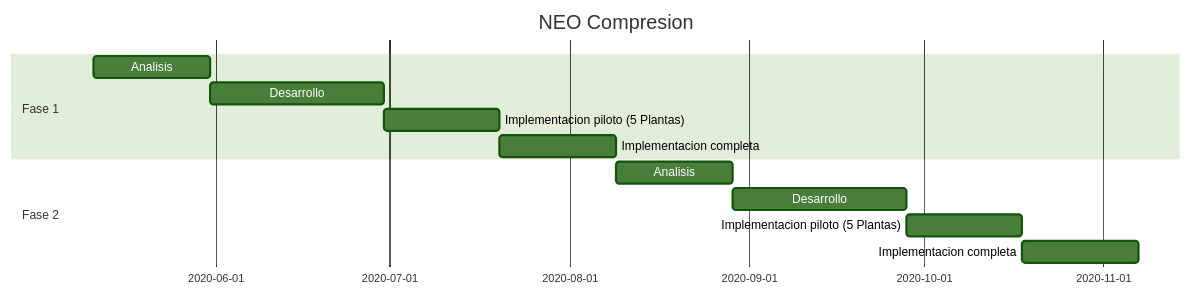
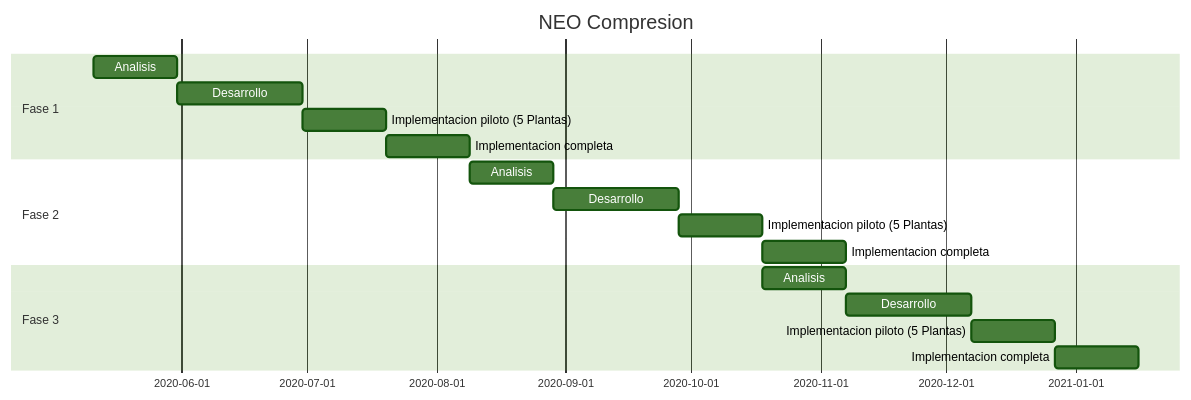
Before and after one commit to festavillo/neo-cp: the diagram in NEO - Compresion.md, drawn with Mermaid (forest theme). The commit also changed other lines of this file, not shown here.

Commit message:
NEO - Compresion.md updated from https://stackedit.io/

````diff
--- a/NEO - Compresion.md
+++ b/NEO - Compresion.md
@@ -24,18 +24,23 @@
 ```mermaid
 gantt
     title NEO Compresion
     dateFormat  YYYY-MM-DD
     section Fase 1
     Analisis           :a1, 2020-05-11, 20d
     Desarrollo         :a2, after a1, 30d
     Implementacion piloto (5 Plantas)     :a3, after a2  , 20d
     Implementacion completa     :a4, after a3  , 20d
 
     section Fase 2
     Analisis           :a5, after a4 , 20d
     Desarrollo         :a6, after a5, 30d
     Implementacion piloto (5 Plantas)     :a7, after a6  , 20d
     Implementacion completa     :a8, after a7  , 20d
 
+section Fase 3
+    Analisis           :a8, after a7 , 20d
+    Desarrollo         :a9, after a8, 30d
+    Implementacion piloto (5 Plantas)     :a10, after a9  , 20d
+    Implementacion completa     :a11, after a10  , 20d
 
 ```
````
